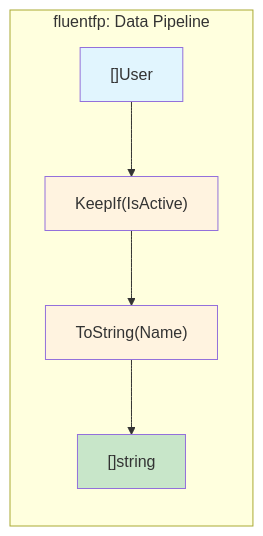
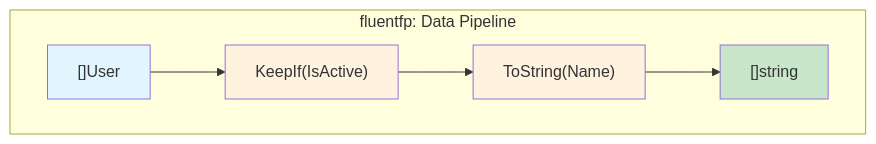
Before and after one commit to binaryphile/fluentfp: the first of 4 diagrams in analysis.md, drawn with Mermaid.

Commit message:
Add explicit direction LR inside fluentfp subgraph
Per mermaid docs, subgraphs need explicit direction declaration.

🤖 Generated with [Claude Code](https://claude.com/claude-code)

````diff
--- a/analysis.md
+++ b/analysis.md
@@ -9,13 +9,14 @@
 ```mermaid
 flowchart LR
     subgraph fluentfp["fluentfp: Data Pipeline"]
+        direction LR
         A["[]User"] --> B["KeepIf(IsActive)"]
         B --> C["ToString(Name)"]
         C --> D["[]string"]
     end
 
     style A fill:#e1f5fe
     style D fill:#c8e6c9
     style B fill:#fff3e0
     style C fill:#fff3e0
 ```
````
